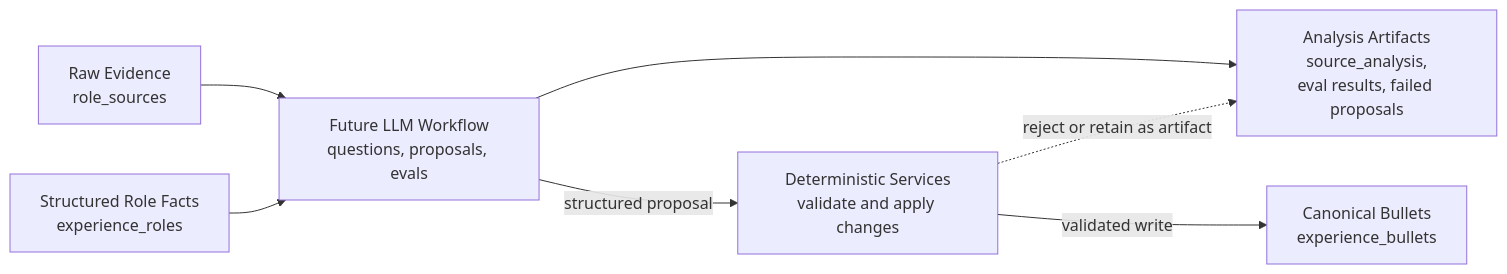
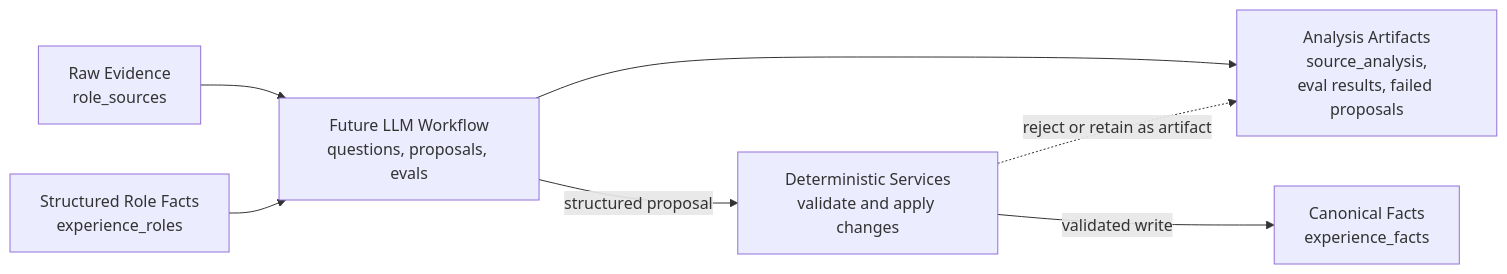
One commit to rsauers0/career-agent changed the fifth of 8 diagrams in docs/diagrams.md. Above: the diagram before and after it, drawn with Mermaid. The commit also changed other lines of this file and 20 other files, not shown here.

First line of the commit message:
Rename experience bullets to experience facts

````diff
--- a/docs/diagrams.md
+++ b/docs/diagrams.md
@@ -105,16 +105,16 @@
 ```mermaid
 flowchart LR
     RawEvidence["Raw Evidence<br/>role_sources"]
     RoleFacts["Structured Role Facts<br/>experience_roles"]
     LLMWorkflow["Future LLM Workflow<br/>questions, proposals, evals"]
     AnalysisArtifacts["Analysis Artifacts<br/>source_analysis,<br/>eval results, failed proposals"]
     Services["Deterministic Services<br/>validate and apply changes"]
-    CanonicalBullets["Canonical Bullets<br/>experience_bullets"]
+    CanonicalFacts["Canonical Facts<br/>experience_facts"]
 
     RawEvidence --> LLMWorkflow
     RoleFacts --> LLMWorkflow
     LLMWorkflow --> AnalysisArtifacts
     LLMWorkflow -->|"structured proposal"| Services
-    Services -->|"validated write"| CanonicalBullets
+    Services -->|"validated write"| CanonicalFacts
     Services -. "reject or retain as artifact" .-> AnalysisArtifacts
 ```
````
